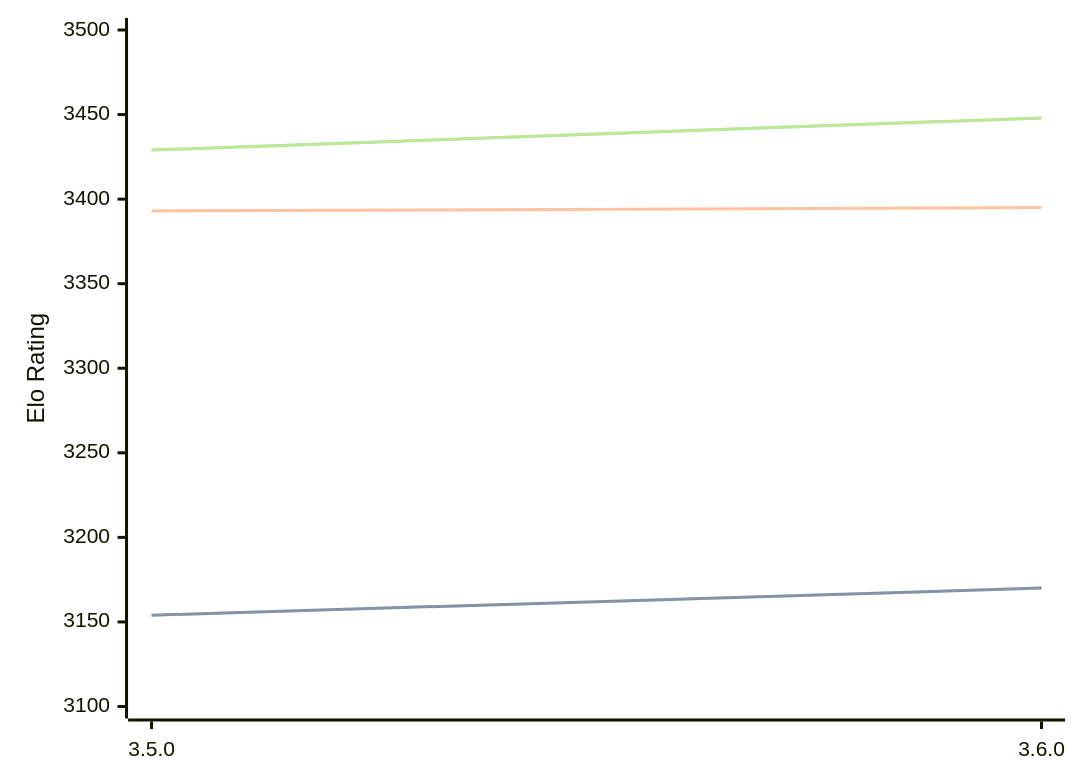
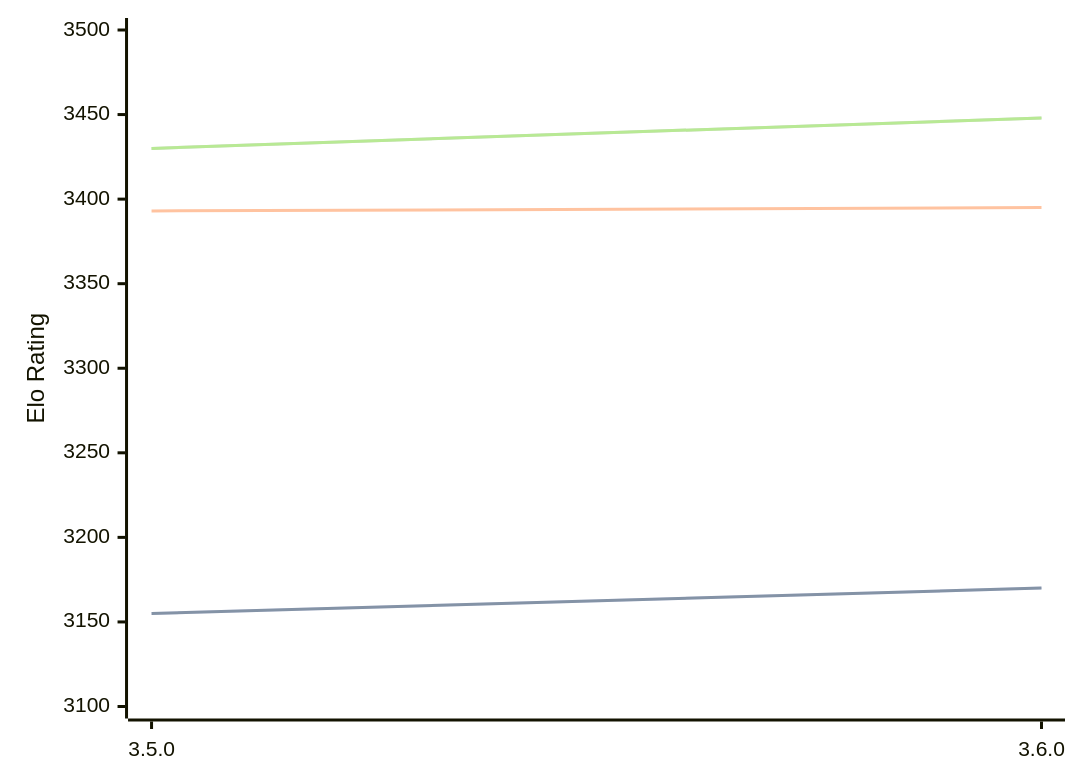
The first of 3 diagrams in engines/Igel.md (computer-chess-index/cci), drawn with Mermaid before and after one commit. The commit also changed other lines of this file, not shown here.

Commit message:
Update CCI Ratings (ELO VLTC) - 2026-07-13

````diff
--- a/engines/Igel.md
+++ b/engines/Igel.md
@@ -68,11 +68,11 @@
 ```mermaid
 %%{init: {"theme":"base","themeVariables":{"seriesColors:['#a3a3a3','#222221','#faa371']}}}%%
 xychart-beta
   x-axis ["3.5.0", "3.6.0"]
   y-axis "Elo Rating" 3100 --> 3500
-  line "STC (8.0+0.08s)" [3154, 3170]
-  line "STC (8.0+0.08s)" [3154, 3170]
+  line "STC (8.0+0.08s)" [3155, 3170]
+  line "STC (8.0+0.08s)" [3155, 3170]
   line "LTC (60.0+0.60s)" [3393, 3395]
-  line "VLTC (2m24s+1.12s)" [3429, 3448]
-  line "VLTC (2m24s+1.12s)" [3429, 3448]
+  line "VLTC (2m24s+1.12s)" [3430, 3448]
+  line "VLTC (2m24s+1.12s)" [3430, 3448]
 ```
````
